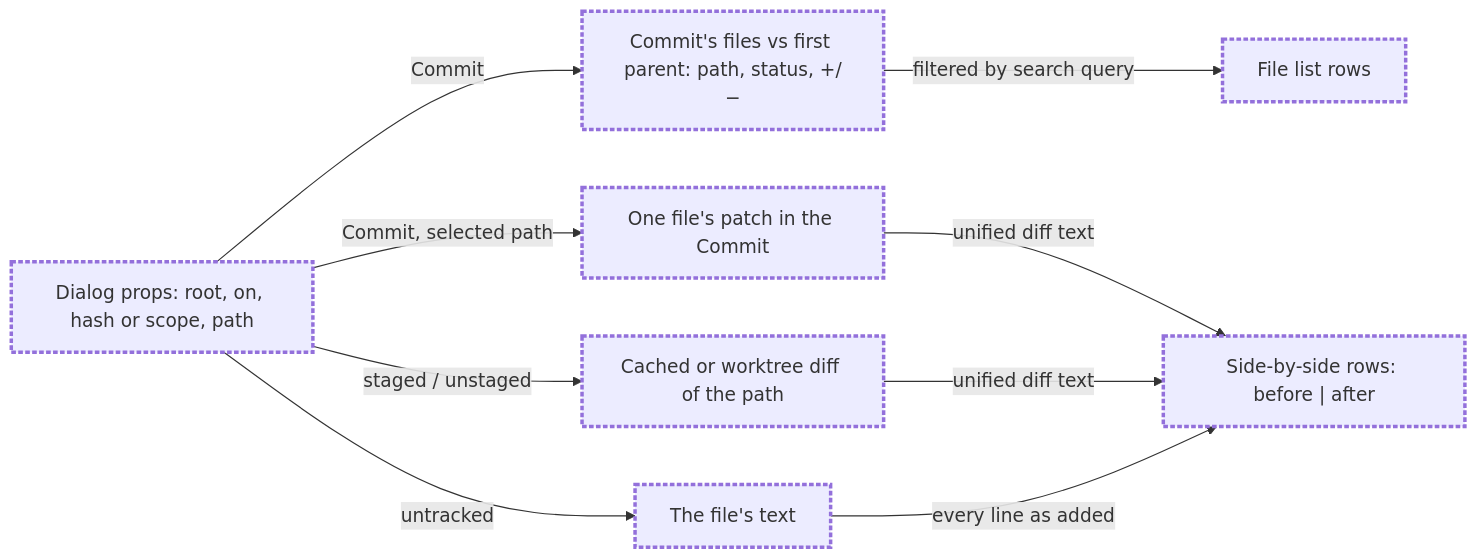
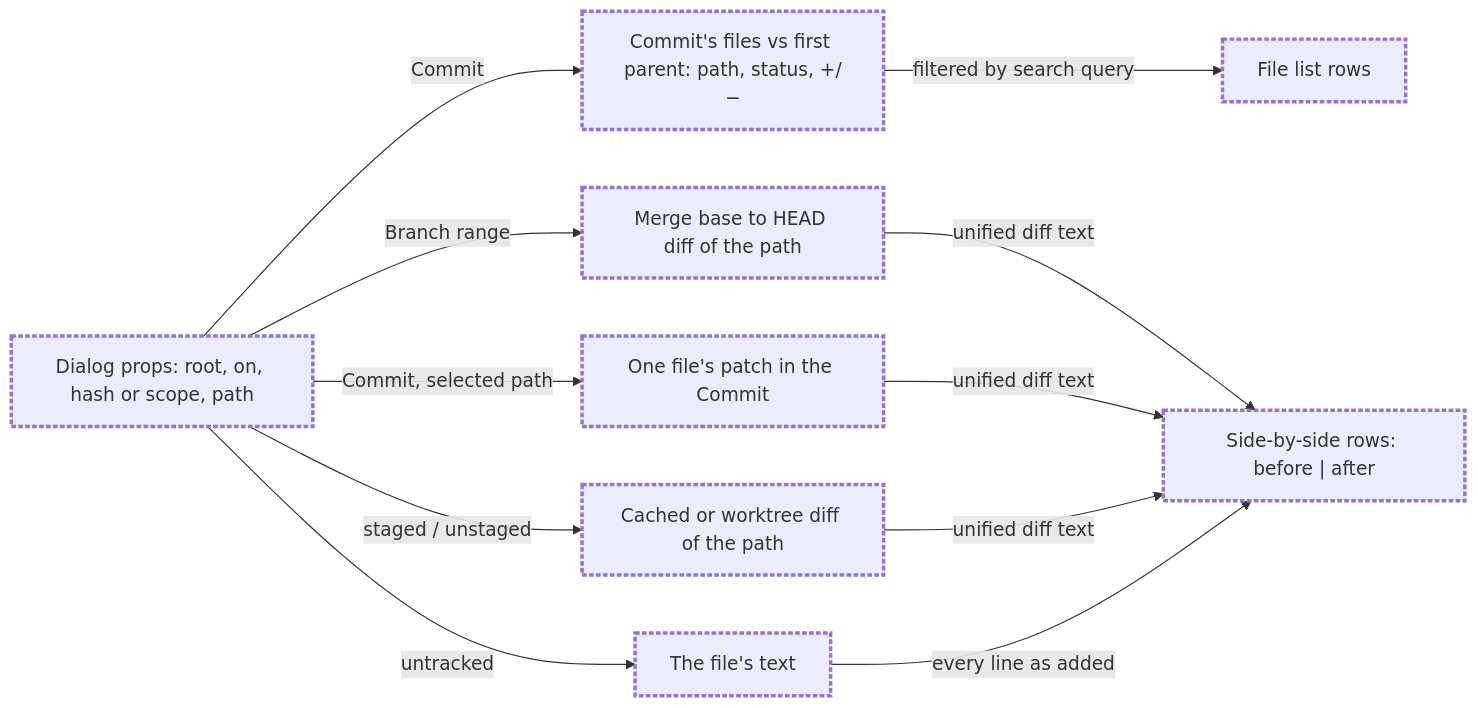
Before and after one commit to minhhuy1201/herdr-app: the second of 2 diagrams in docs/specs/diff-review.md, drawn with Mermaid. The commit also changed other lines of this file and 3 other files, not shown here.

Commit message:
docs: open branch range files in review dialog

````diff
--- a/docs/specs/diff-review.md
+++ b/docs/specs/diff-review.md
@@ -43,12 +45,14 @@
 ```mermaid
 flowchart LR
     props["Dialog props: root, on, hash or scope, path"]:::new -->|Commit| list["Commit's files vs first parent: path, status, +/−"]:::new
     props -->|Commit, selected path| patch["One file's patch in the Commit"]:::new
     props -->|staged / unstaged| work["Cached or worktree diff of the path"]:::new
     props -->|untracked| text["The file's text"]:::new
+    props -->|Branch range| rangeDiff["Merge base to HEAD diff of the path"]:::new
+    rangeDiff -->|unified diff text| sbs
     list -->|filtered by search query| rows["File list rows"]:::new
     patch -->|unified diff text| sbs["Side-by-side rows: before | after"]:::new
     work -->|unified diff text| sbs
     text -->|every line as added| sbs
     classDef new stroke-width:3px,stroke-dasharray:4 2
 ```
````
